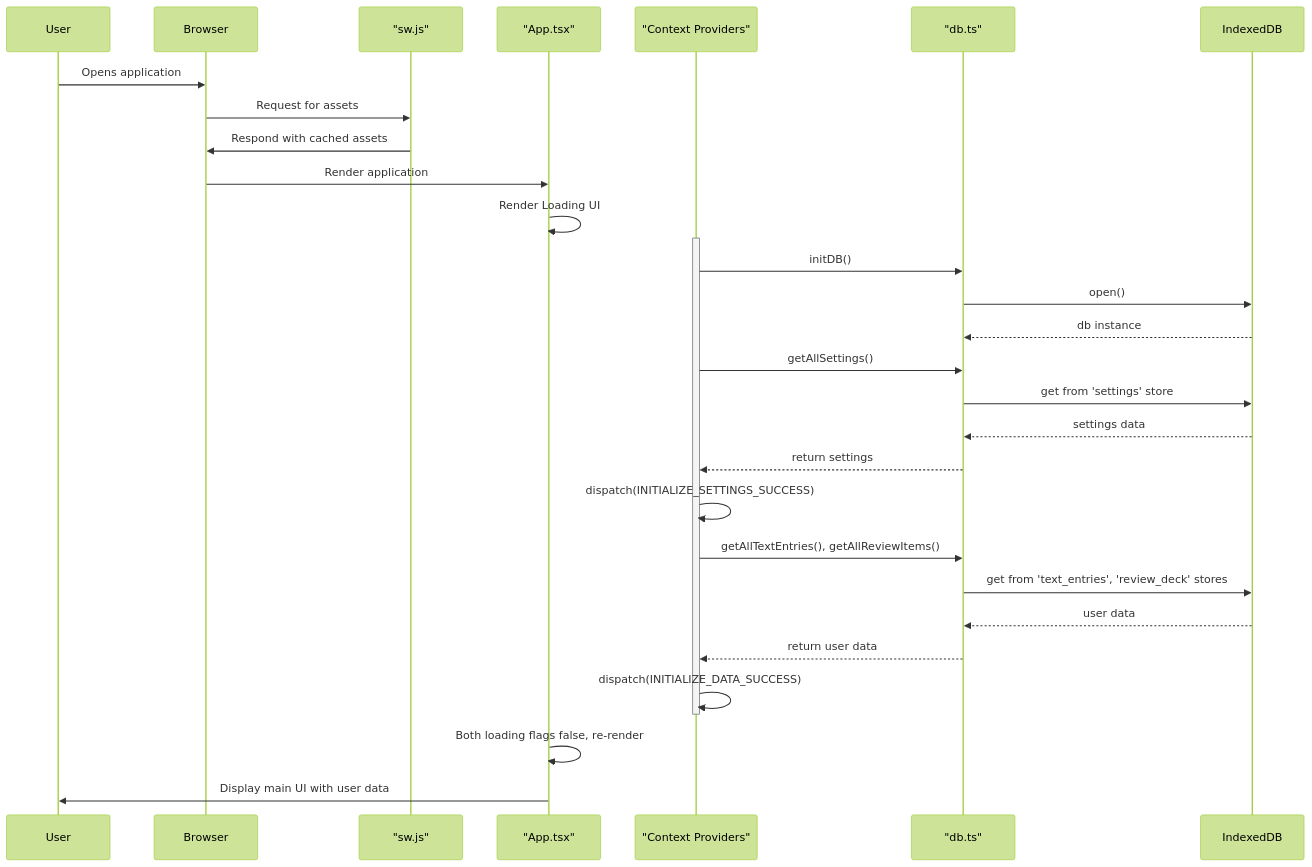
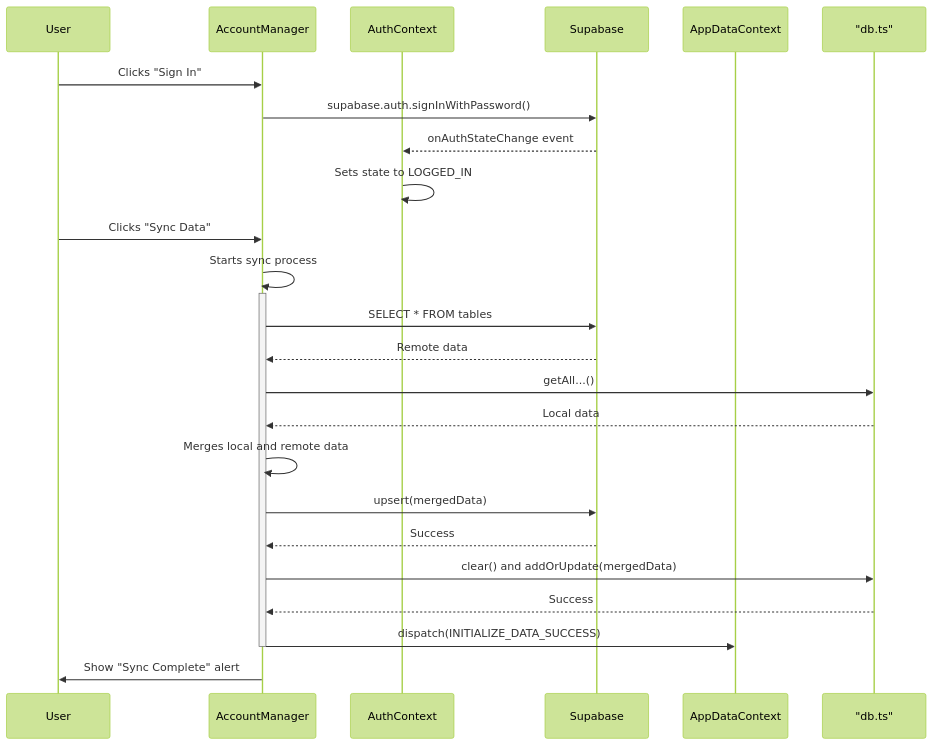
The third of 3 diagrams in arc42.md (schmidtseb/japanese-reader), drawn with Mermaid (forest theme) before and after one commit. The commit also changed other lines of this file and 41 other files, not shown here.

````diff
--- a/arc42.md
+++ b/arc42.md
@@ -277,37 +222,37 @@
 ```mermaid
 sequenceDiagram
     participant User
-    participant Browser
-    participant ServiceWorker as "sw.js"
-    participant App as "App.tsx"
-    participant Providers as "Context Providers"
+    participant AccountManager
+    participant AuthContext
+    participant Supabase
+    participant AppDataContext
     participant DB as "db.ts"
-    participant IndexedDB
 
-    User->>Browser: Opens application
-    Browser->>ServiceWorker: Request for assets
-    ServiceWorker->>Browser: Respond with cached assets
-    Browser->>App: Render application
-    App->>App: Render Loading UI
+    User->>AccountManager: Clicks "Sign In"
+    AccountManager->>Supabase: supabase.auth.signInWithPassword()
+    Supabase-->>AuthContext: onAuthStateChange event
+    AuthContext->>AuthContext: Sets state to LOGGED_IN
     
-    activate Providers
-    Providers->>DB: initDB()
-    DB->>IndexedDB: open()
-    IndexedDB-->>DB: db instance
+    User->>AccountManager: Clicks "Sync Data"
+    AccountManager->>AccountManager: Starts sync process
     
-    Providers->>DB: getAllSettings()
-    DB->>IndexedDB: get from 'settings' store
-    IndexedDB-->>DB: settings data
-    DB-->>Providers: return settings
-    Providers->>Providers: dispatch(INITIALIZE_SETTINGS_SUCCESS)
+    activate AccountManager
+    AccountManager->>Supabase: SELECT * FROM tables
+    Supabase-->>AccountManager: Remote data
     
-    Providers->>DB: getAllTextEntries(), getAllReviewItems()
-    DB->>IndexedDB: get from 'text_entries', 'review_deck' stores
-    IndexedDB-->>DB: user data
-    DB-->>Providers: return user data
-    Providers->>Providers: dispatch(INITIALIZE_DATA_SUCCESS)
-    deactivate Providers
+    AccountManager->>DB: getAll...()
+    DB-->>AccountManager: Local data
     
-    App->>App: Both loading flags false, re-render
-    App->>User: Display main UI with user data
+    AccountManager->>AccountManager: Merges local and remote data
+    
+    AccountManager->>Supabase: upsert(mergedData)
+    Supabase-->>AccountManager: Success
+    
+    AccountManager->>DB: clear() and addOrUpdate(mergedData)
+    DB-->>AccountManager: Success
+    
+    AccountManager->>AppDataContext: dispatch(INITIALIZE_DATA_SUCCESS)
+    deactivate AccountManager
+    
+    AccountManager->>User: Show "Sync Complete" alert
 ```
````
